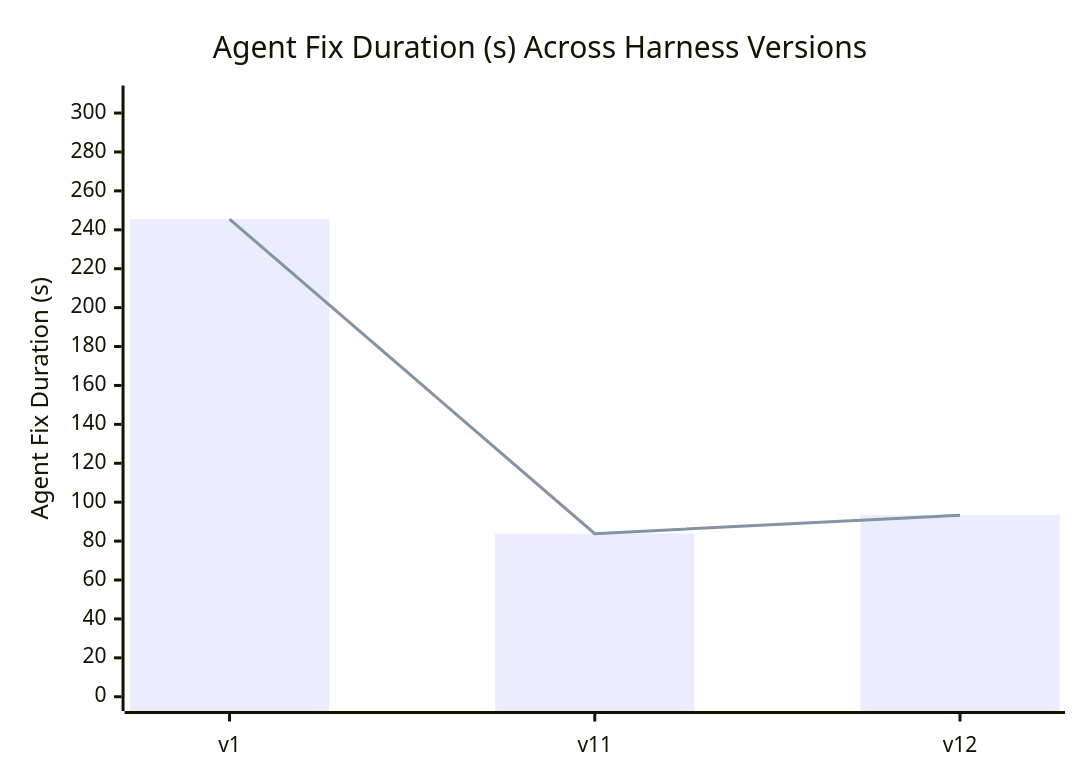
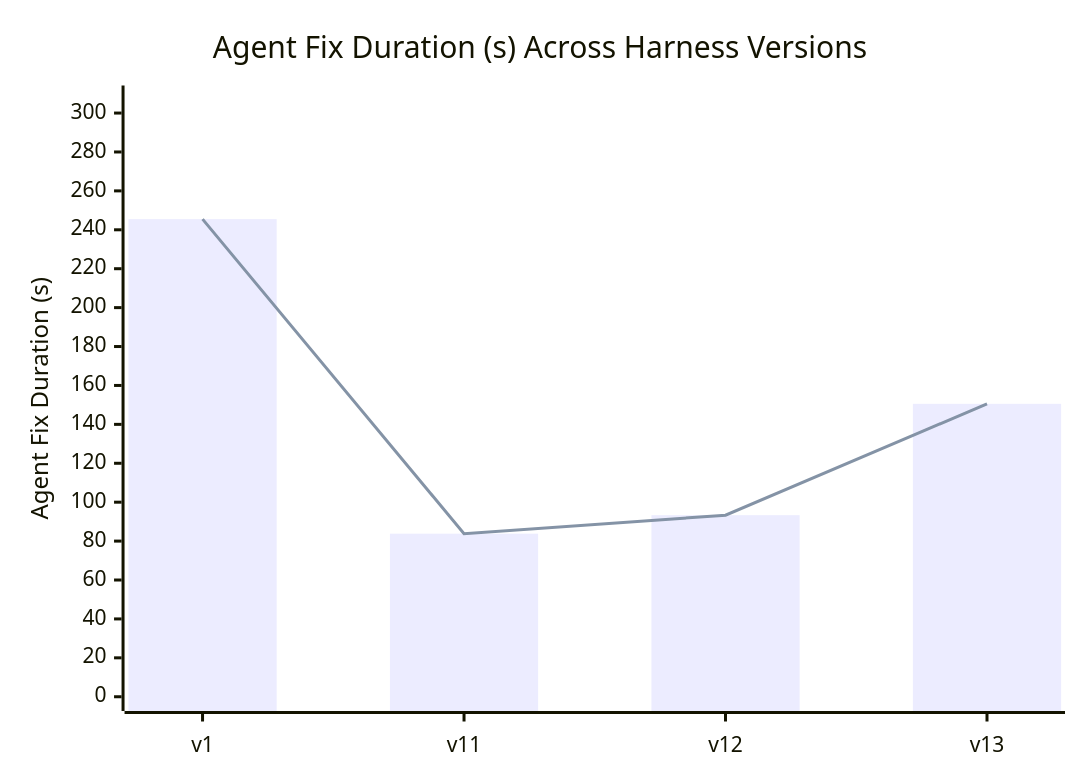
One commit to denizin42/cs440-lab6-thealgorithms-contrib changed the diagram in PERFORMANCE_REPORT.md. Above: the diagram before and after it, drawn with Mermaid. The commit also changed other lines of this file and 6 other files, not shown here.

````diff
--- a/PERFORMANCE_REPORT.md
+++ b/PERFORMANCE_REPORT.md
@@ -21,8 +21,8 @@
 ```mermaid
 xychart-beta
     title "Agent Fix Duration (s) Across Harness Versions"
-    x-axis ["v1", "v11", "v12"]
+    x-axis ["v1", "v11", "v12", "v13"]
     y-axis "Agent Fix Duration (s)" 0 --> 306.84
-    bar [245.475, 83.822, 93.318]
-    line [245.475, 83.822, 93.318]
+    bar [245.475, 83.822, 93.318, 150.547]
+    line [245.475, 83.822, 93.318, 150.547]
 ```
````
